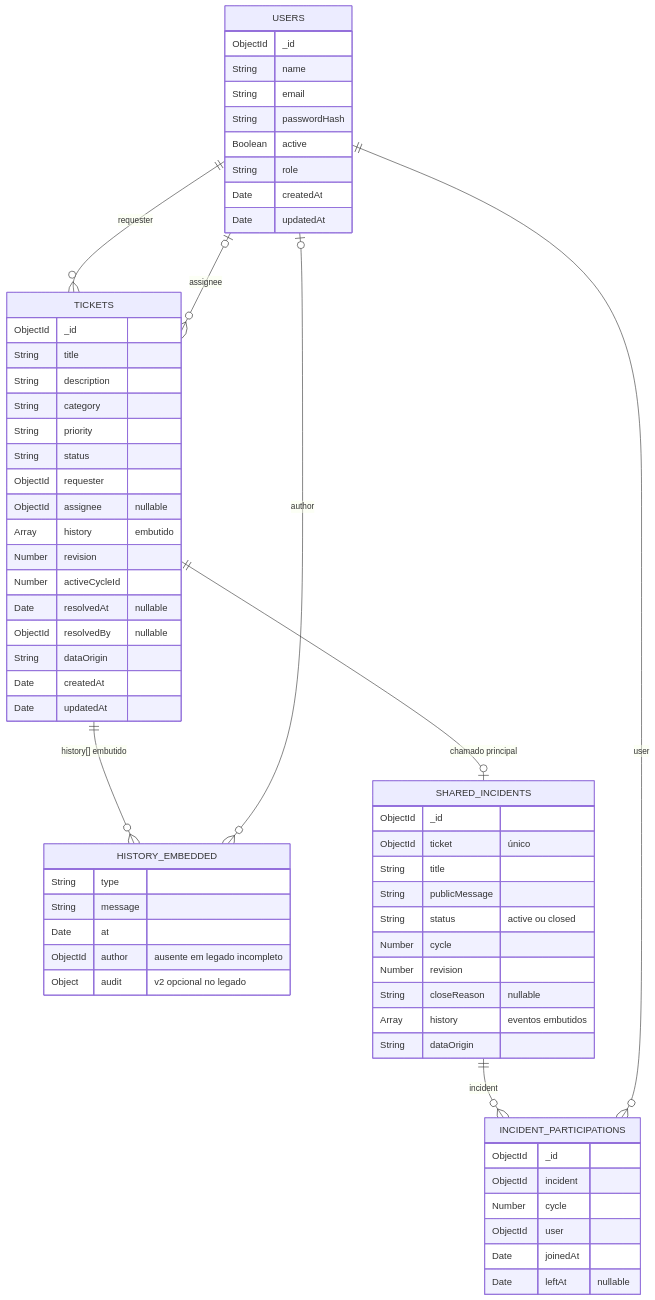
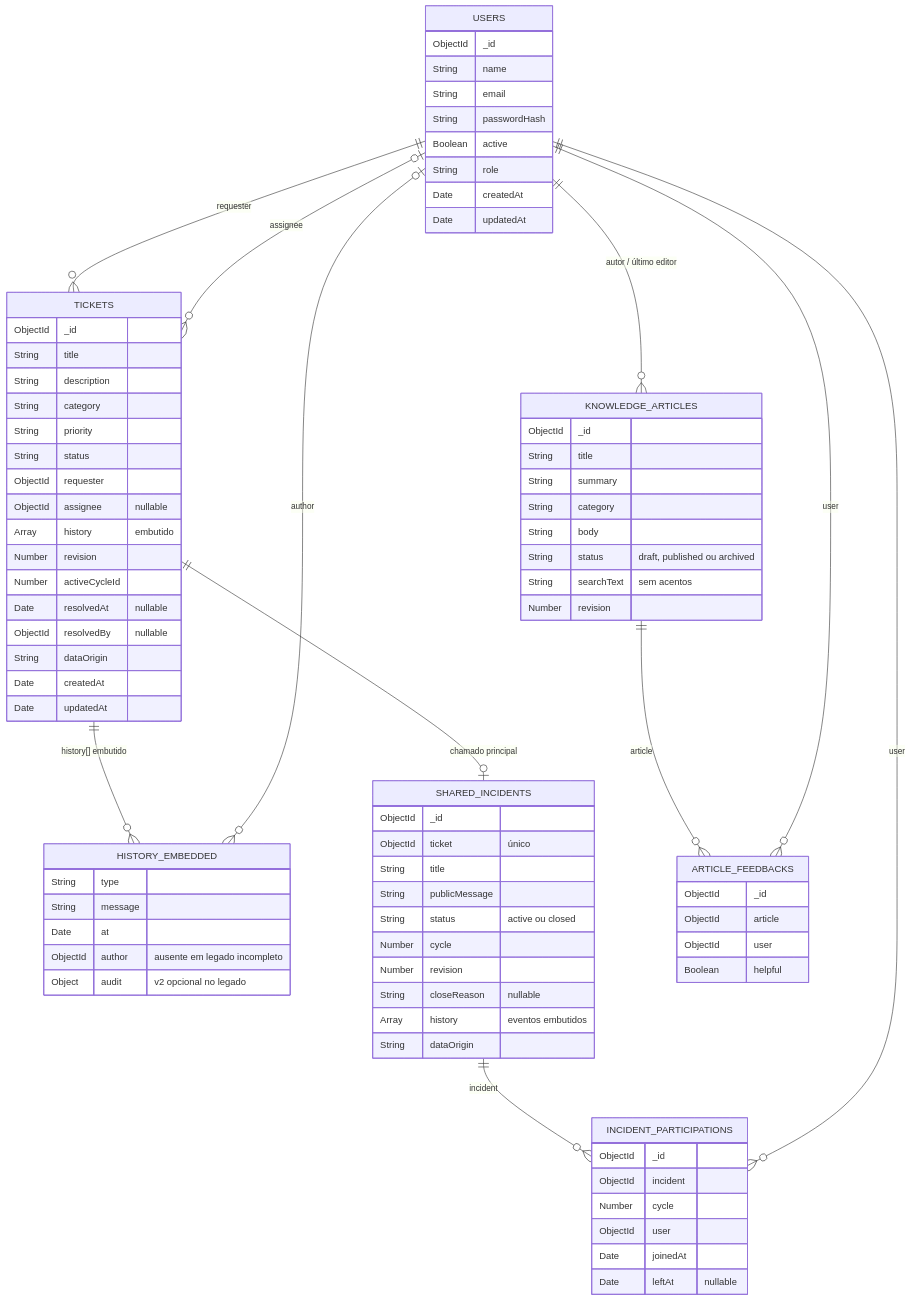
The second of 2 diagrams in docs/02-arquitetura-e-dados.md (FIDEL7Z/it-helpdesk), drawn with Mermaid before and after one commit. The commit also changed other lines of this file and 6 other files, not shown here.

````diff
--- a/docs/02-arquitetura-e-dados.md
+++ b/docs/02-arquitetura-e-dados.md
@@ -45,6 +45,9 @@
   TICKETS ||--o| SHARED_INCIDENTS : "chamado principal"
   SHARED_INCIDENTS ||--o{ INCIDENT_PARTICIPATIONS : incident
   USERS ||--o{ INCIDENT_PARTICIPATIONS : user
+  USERS ||--o{ KNOWLEDGE_ARTICLES : "autor / último editor"
+  KNOWLEDGE_ARTICLES ||--o{ ARTICLE_FEEDBACKS : article
+  USERS ||--o{ ARTICLE_FEEDBACKS : user
   USERS {
     ObjectId _id
     String name
@@ -100,4 +103,20 @@
     Date joinedAt
     Date leftAt "nullable"
   }
+  KNOWLEDGE_ARTICLES {
+    ObjectId _id
+    String title
+    String summary
+    String category
+    String body
+    String status "draft, published ou archived"
+    String searchText "sem acentos"
+    Number revision
+  }
+  ARTICLE_FEEDBACKS {
+    ObjectId _id
+    ObjectId article
+    ObjectId user
+    Boolean helpful
+  }
 ```
````
